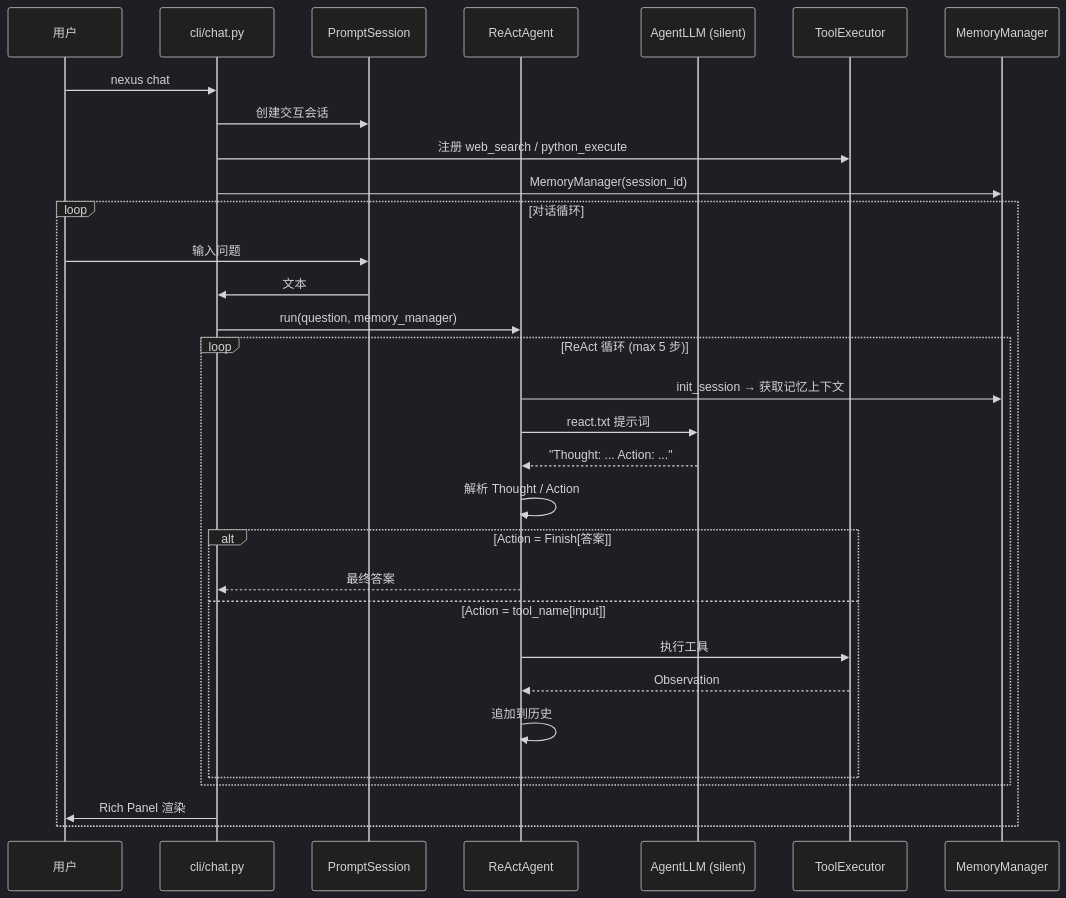
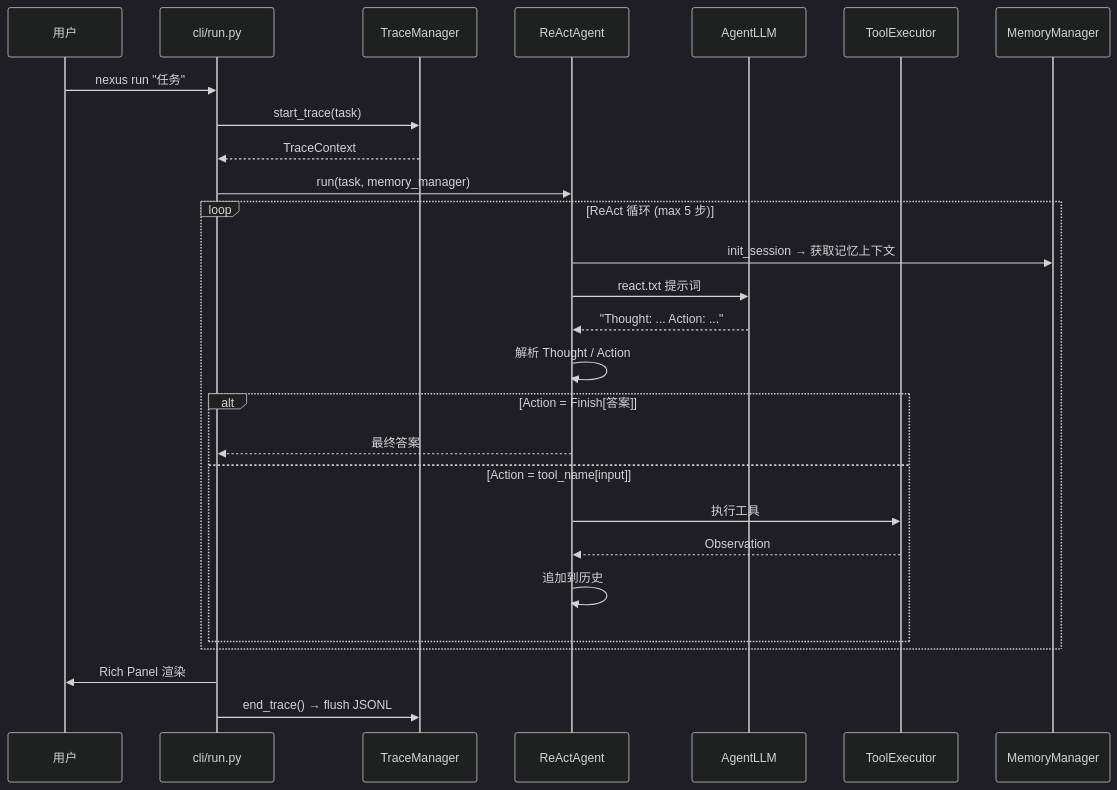
One commit to paipaipai666/agent-nexus changed the third of 8 diagrams in agentnexus/API.md. Above: the diagram before and after it, drawn with Mermaid (dark theme). The commit also changed other lines of this file and 49 other files, not shown here.

````diff
--- a/agentnexus/API.md
+++ b/agentnexus/API.md
@@ -508,38 +109,33 @@
 ```mermaid
 sequenceDiagram
     participant User as 用户
-    participant Chat as cli/chat.py
-    participant Session as PromptSession
+    participant CLI as cli/run.py
+    participant Trace as TraceManager
     participant ReAct as ReActAgent
-    participant LLM as AgentLLM (silent)
+    participant LLM as AgentLLM
     participant Tool as ToolExecutor
     participant Mem as MemoryManager
 
-    User->>Chat: nexus chat
-    Chat->>Session: 创建交互会话
-    Chat->>Tool: 注册 web_search / python_execute
-    Chat->>Mem: MemoryManager(session_id)
+    User->>CLI: nexus run "任务"
+    CLI->>Trace: start_trace(task)
+    Trace-->>CLI: TraceContext
+    CLI->>ReAct: run(task, memory_manager)
 
-    loop 对话循环
-        User->>Session: 输入问题
-        Session->>Chat: 文本
-        Chat->>ReAct: run(question, memory_manager)
+    loop ReAct 循环 (max 5 步)
+        ReAct->>Mem: init_session → 获取记忆上下文
+        ReAct->>LLM: react.txt 提示词
+        LLM-->>ReAct: "Thought: ... Action: ..."
+        ReAct->>ReAct: 解析 Thought / Action
 
-        loop ReAct 循环 (max 5 步)
-            ReAct->>Mem: init_session → 获取记忆上下文
-            ReAct->>LLM: react.txt 提示词
-            LLM-->>ReAct: "Thought: ... Action: ..."
-            ReAct->>ReAct: 解析 Thought / Action
+        alt Action = Finish[答案]
+            ReAct-->>CLI: 最终答案
+        else Action = tool_name[input]
+            ReAct->>Tool: 执行工具
+            Tool-->>ReAct: Observation
+            ReAct->>ReAct: 追加到历史
+        end
+    end
 
-            alt Action = Finish[答案]
-                ReAct-->>Chat: 最终答案
-            else Action = tool_name[input]
-                ReAct->>Tool: 执行工具
-                Tool-->>ReAct: Observation
-                ReAct->>ReAct: 追加到历史
-            end
-        end
-
-        Chat->>User: Rich Panel 渲染
-    end
+    CLI->>User: Rich Panel 渲染
+    CLI->>Trace: end_trace() → flush JSONL
 ```
````
